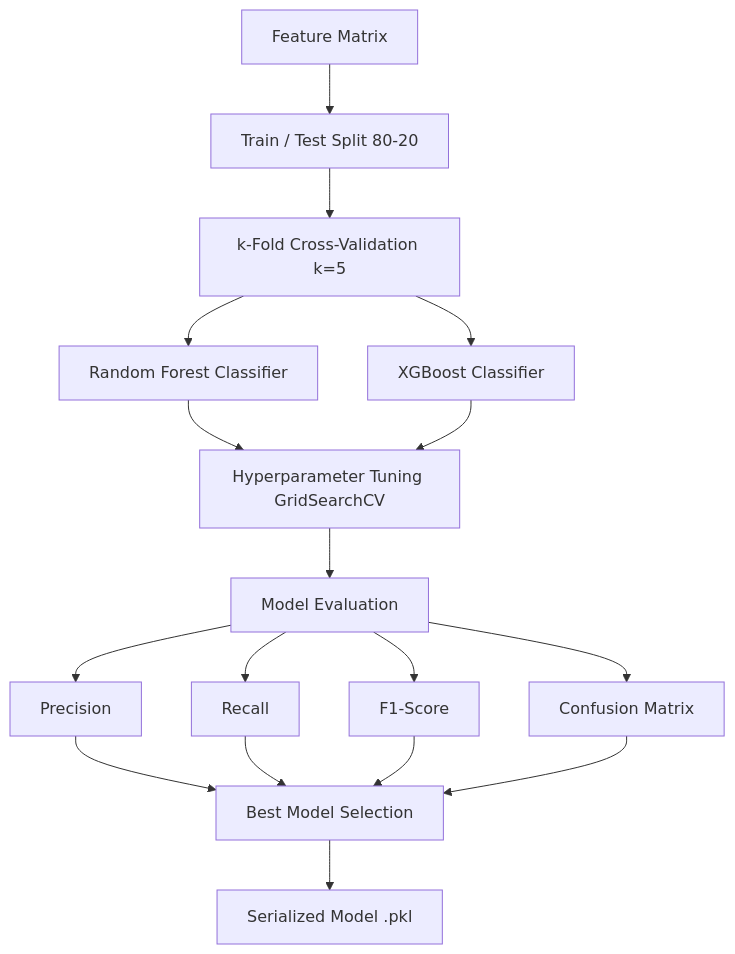
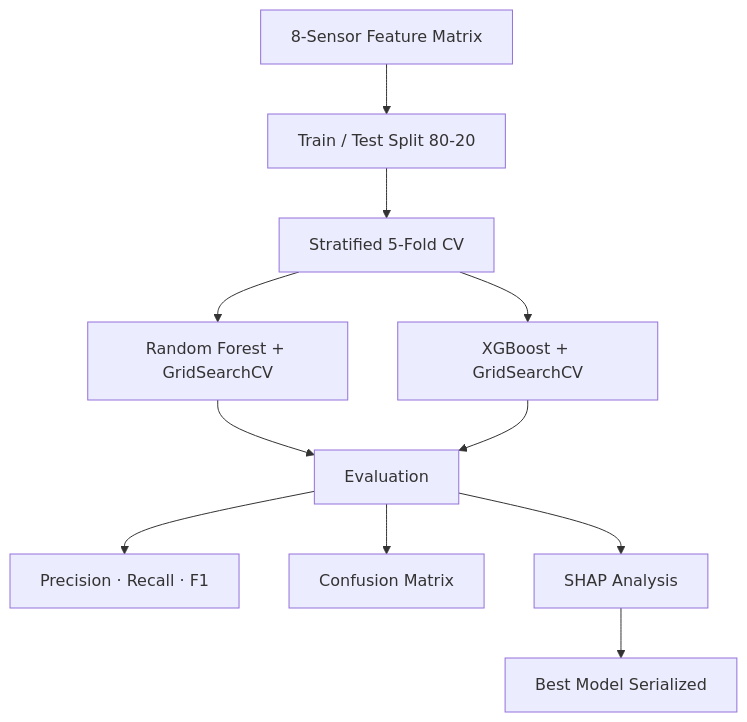
One commit to umeshpandeysh/AayuSense-AI-ETongue changed the second of 2 diagrams in README.md. Above: the diagram before and after it, drawn with Mermaid. The commit also changed other lines of this file and 9 other files, not shown here.

First line of the commit message:
feat: upgrade to 8-sensor ESP32 schema with Rasa profiling and SHAP

````diff
--- a/README.md
+++ b/README.md
@@ -123,16 +127,12 @@
 ```mermaid
 flowchart TD
-    A[Feature Matrix] --> B[Train / Test Split 80-20]
-    B --> C[k-Fold Cross-Validation k=5]
-    C --> D1[Random Forest Classifier]
-    C --> D2[XGBoost Classifier]
-    D1 --> E[Hyperparameter Tuning GridSearchCV]
-    D2 --> E
-    E --> F[Model Evaluation]
-    F --> F1[Precision]
-    F --> F2[Recall]
-    F --> F3[F1-Score]
-    F --> F4[Confusion Matrix]
-    F1 & F2 & F3 & F4 --> G[Best Model Selection]
-    G --> H[Serialized Model .pkl]
+    A[8-Sensor Feature Matrix] --> B[Train / Test Split 80-20]
+    B --> C[Stratified 5-Fold CV]
+    C --> D1[Random Forest + GridSearchCV]
+    C --> D2[XGBoost + GridSearchCV]
+    D1 & D2 --> E[Evaluation]
+    E --> E1[Precision · Recall · F1]
+    E --> E2[Confusion Matrix]
+    E --> E3[SHAP Analysis]
+    E3 --> F[Best Model Serialized]
 ```
````
